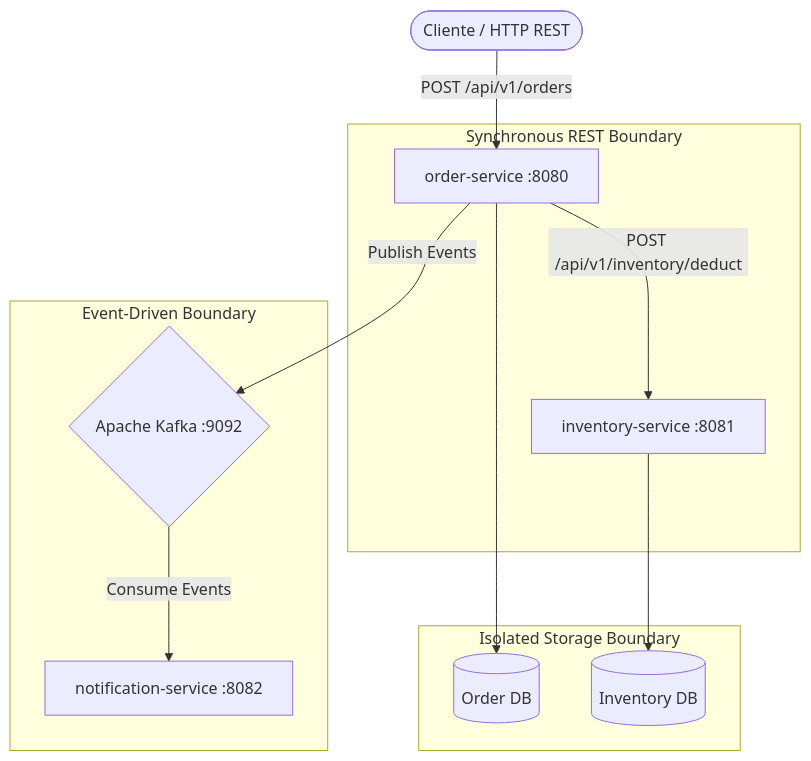
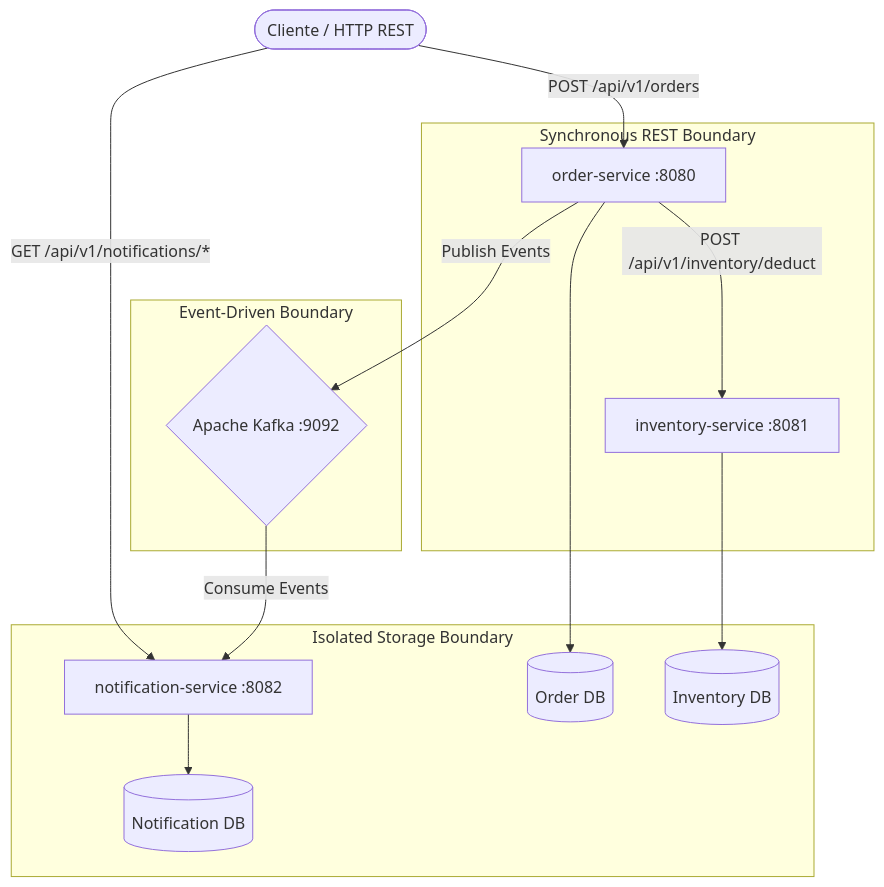
Before and after one commit to soniaGarcia/orderinvent-platform: the first of 4 diagrams in docs/architecture.md, drawn with Mermaid. The commit also changed other lines of this file and 3 other files, not shown here.

````diff
--- a/docs/architecture.md
+++ b/docs/architecture.md
@@ -28,18 +28,20 @@
 ```mermaid
 graph TD
     Client(["Cliente / HTTP REST"]) -->|"POST /api/v1/orders"| OrderSvc["order-service :8080"]
+    Client -->|"GET /api/v1/notifications/*"| NotifSvc["notification-service :8082"]
     
     subgraph REST ["Synchronous REST Boundary"]
         OrderSvc -->|"POST /api/v1/inventory/deduct"| InvSvc["inventory-service :8081"]
     end
 
     subgraph Storage ["Isolated Storage Boundary"]
         OrderSvc --> DB_Order[("Order DB")]
         InvSvc --> DB_Inv[("Inventory DB")]
+        NotifSvc --> DB_Notif[("Notification DB")]
     end
 
     subgraph Event ["Event-Driven Boundary"]
         OrderSvc -->|"Publish Events"| Kafka{"Apache Kafka :9092"}
-        Kafka -->|"Consume Events"| NotifSvc["notification-service :8082"]
+        Kafka -->|"Consume Events"| NotifSvc
     end
 ```
````
